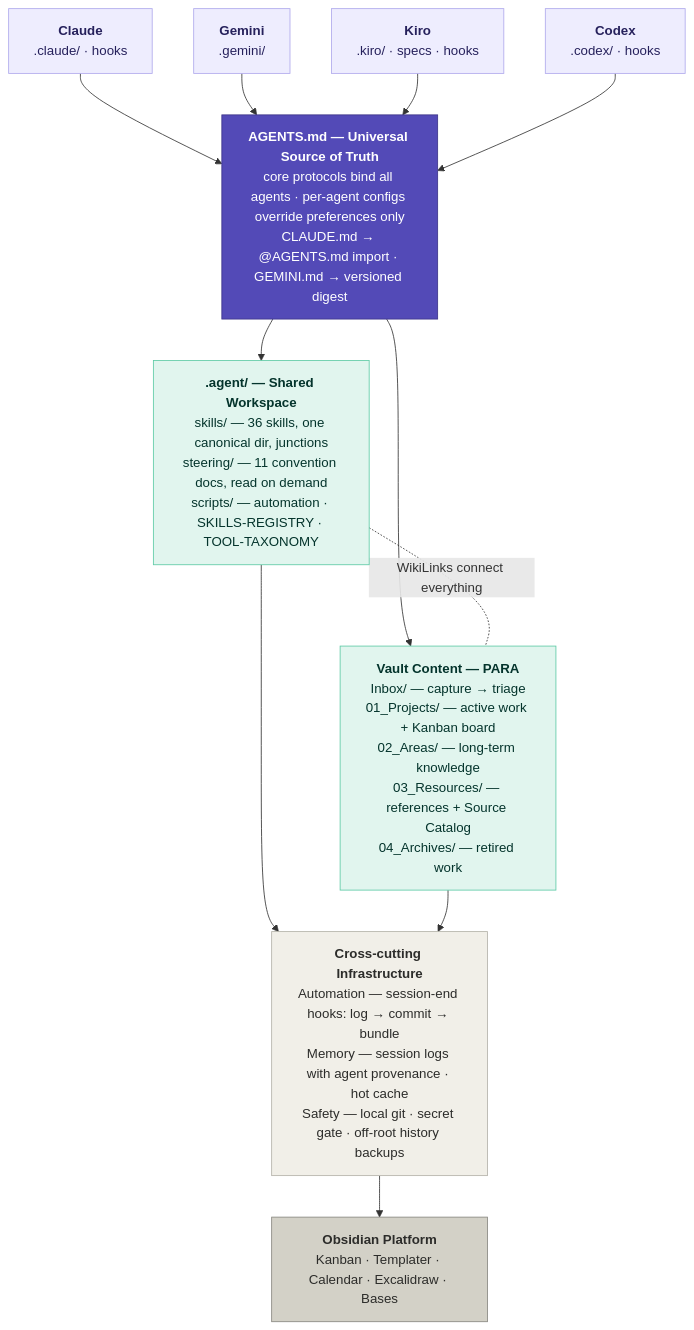
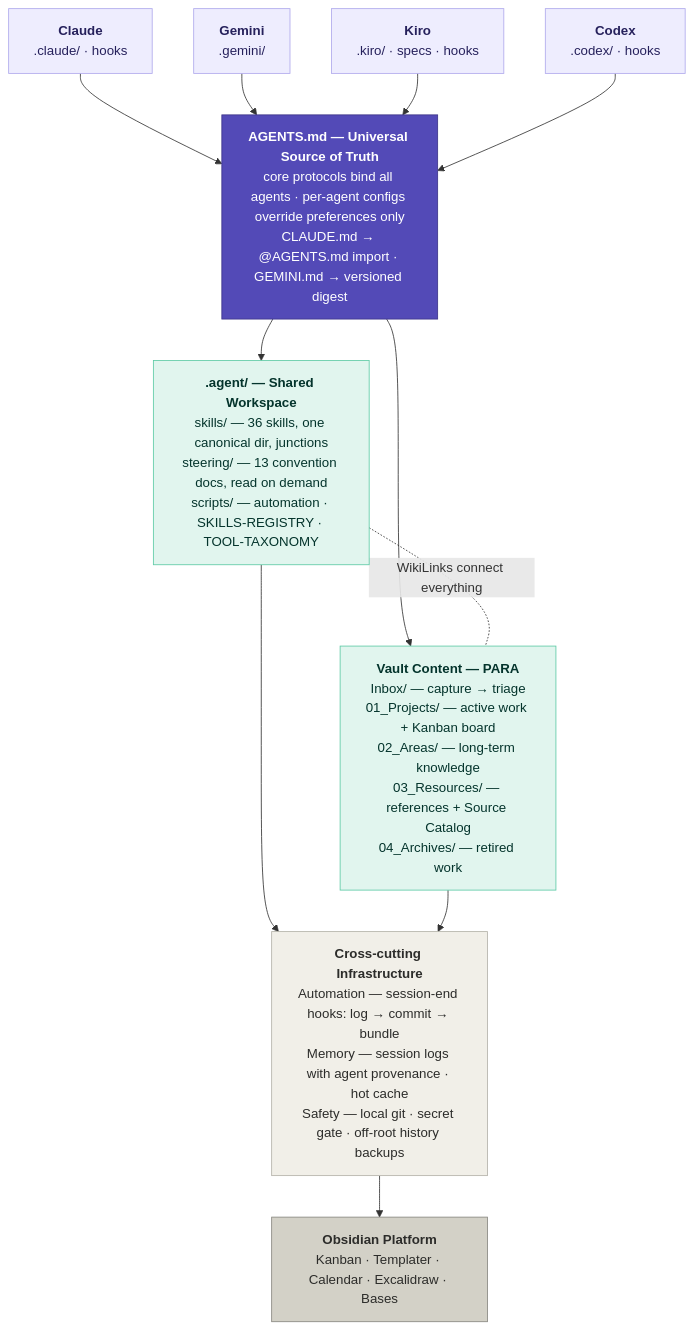
The diagram in README.md (kurtvalcorza/agentic-vault), drawn with Mermaid before and after one commit. The commit also changed other lines of this file and 4 other files, not shown here.

````diff
--- a/README.md
+++ b/README.md
@@ -21,34 +21,34 @@
 ```mermaid
 flowchart TB
     classDef agent fill:#EEEDFE,stroke:#AFA9EC,color:#26215C
     classDef gov fill:#534AB7,stroke:#3C3489,color:#FFFFFF
     classDef space fill:#E1F5EE,stroke:#5DCAA5,color:#04342C
     classDef infra fill:#F1EFE8,stroke:#B4B2A9,color:#2C2C2A
     classDef platform fill:#D3D1C7,stroke:#888780,color:#2C2C2A
 
     CLAUDE["<b>Claude</b><br/>.claude/ · hooks"]:::agent
     GEMINI["<b>Gemini</b><br/>.gemini/"]:::agent
     KIRO["<b>Kiro</b><br/>.kiro/ · specs · hooks"]:::agent
     CODEX["<b>Codex</b><br/>.codex/ · hooks"]:::agent
 
     AGENTS["<b>AGENTS.md — Universal Source of Truth</b><br/>core protocols bind all agents · per-agent configs override preferences only<br/>CLAUDE.md → @AGENTS.md import · GEMINI.md → versioned digest"]:::gov
 
-    WORKSPACE["<b>.agent/ — Shared Workspace</b><br/>skills/ — 36 skills, one canonical dir, junctions<br/>steering/ — 11 convention docs, read on demand<br/>scripts/ — automation · SKILLS-REGISTRY · TOOL-TAXONOMY"]:::space
+    WORKSPACE["<b>.agent/ — Shared Workspace</b><br/>skills/ — 36 skills, one canonical dir, junctions<br/>steering/ — 13 convention docs, read on demand<br/>scripts/ — automation · SKILLS-REGISTRY · TOOL-TAXONOMY"]:::space
 
     CONTENT["<b>Vault Content — PARA</b><br/>Inbox/ — capture → triage<br/>01_Projects/ — active work + Kanban board<br/>02_Areas/ — long-term knowledge<br/>03_Resources/ — references + Source Catalog<br/>04_Archives/ — retired work"]:::space
 
     INFRA["<b>Cross-cutting Infrastructure</b><br/>Automation — session-end hooks: log → commit → bundle<br/>Memory — session logs with agent provenance · hot cache<br/>Safety — local git · secret gate · off-root history backups"]:::infra
 
     PLATFORM["<b>Obsidian Platform</b><br/>Kanban · Templater · Calendar · Excalidraw · Bases"]:::platform
 
     CLAUDE --> AGENTS
     GEMINI --> AGENTS
     KIRO --> AGENTS
     CODEX --> AGENTS
     AGENTS --> WORKSPACE
     AGENTS --> CONTENT
     WORKSPACE -. "WikiLinks connect everything" .- CONTENT
     WORKSPACE --> INFRA
     CONTENT --> INFRA
     INFRA --> PLATFORM
 ```
````
